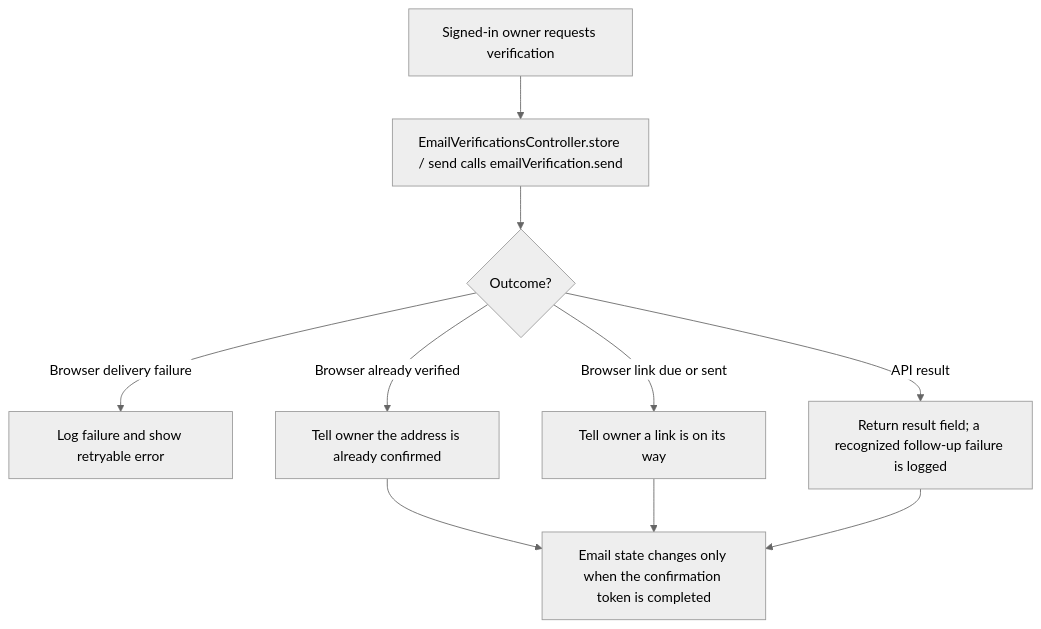
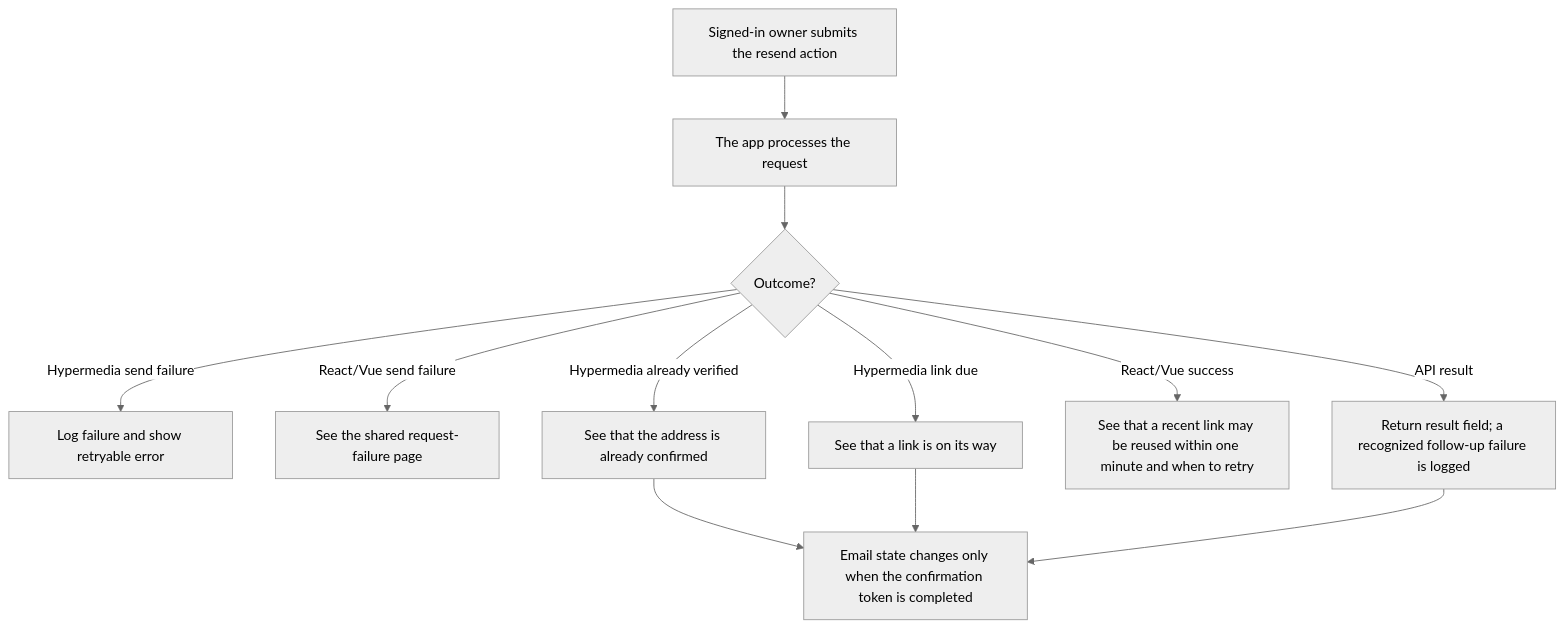
Before and after one commit to Kevinjohn/oss-adonisjs-starter-examples: the first of 2 diagrams in user-stories/accounts/us-account-10-send-email-verification.md, drawn with Mermaid (neutral theme). The commit also changed other lines of this file and 29 other files, not shown here.

````diff
--- a/user-stories/accounts/us-account-10-send-email-verification.md
+++ b/user-stories/accounts/us-account-10-send-email-verification.md
@@ -21,12 +21,14 @@
 ```mermaid
 flowchart TD
-    A["Signed-in owner requests verification"] --> B["EmailVerificationsController.store / send calls emailVerification.send"]
+    A["Signed-in owner submits the resend action"] --> B["The app processes the request"]
     B --> C{"Outcome?"}
-    C -->|Browser delivery failure| D["Log failure and show retryable error"]
-    C -->|Browser already verified| E["Tell owner the address is already confirmed"]
-    C -->|Browser link due or sent| F["Tell owner a link is on its way"]
+    C -->|Hypermedia send failure| D["Log failure and show retryable error"]
+    C -->|React/Vue send failure| K["See the shared request-failure page"]
+    C -->|Hypermedia already verified| E["See that the address is already confirmed"]
+    C -->|Hypermedia link due| F["See that a link is on its way"]
+    C -->|React/Vue success| L["See that a recent link may be reused within one minute and when to retry"]
     C -->|API result| G["Return result field; a recognized follow-up failure is logged"]
     E --> H["Email state changes only when the confirmation token is completed"]
     F --> H
     G --> H
 ```
````
